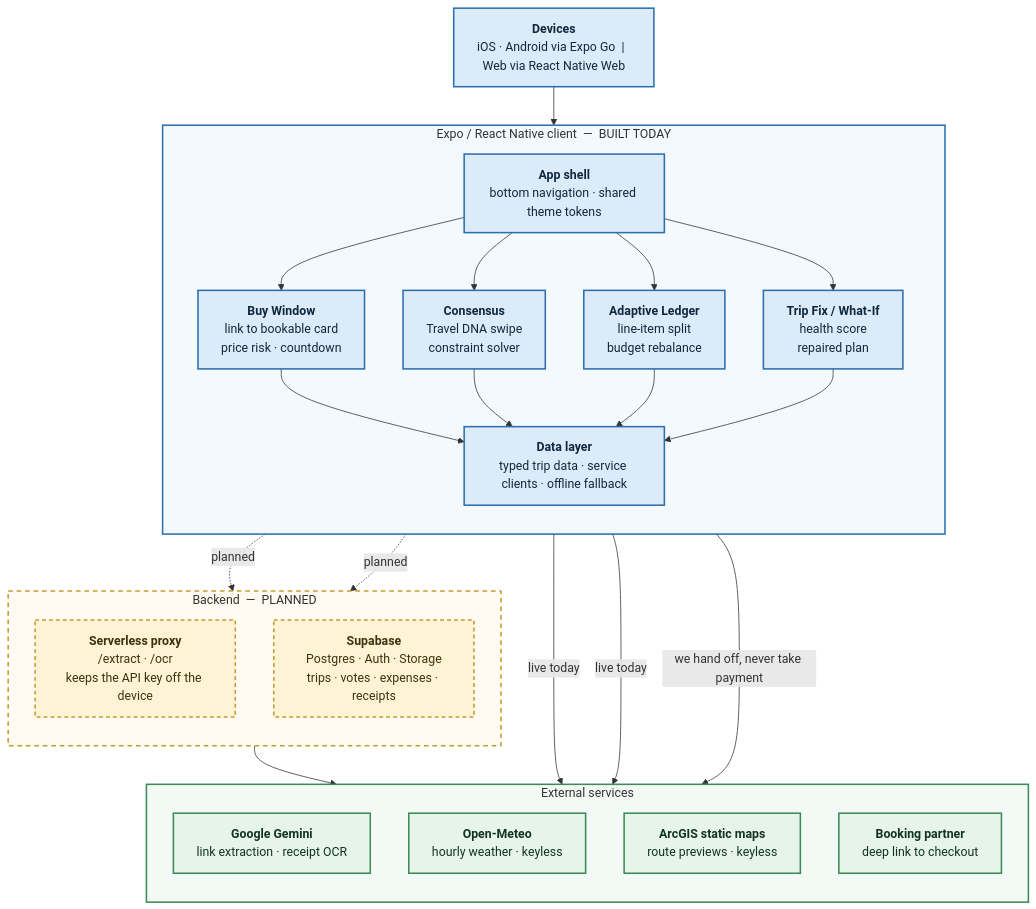
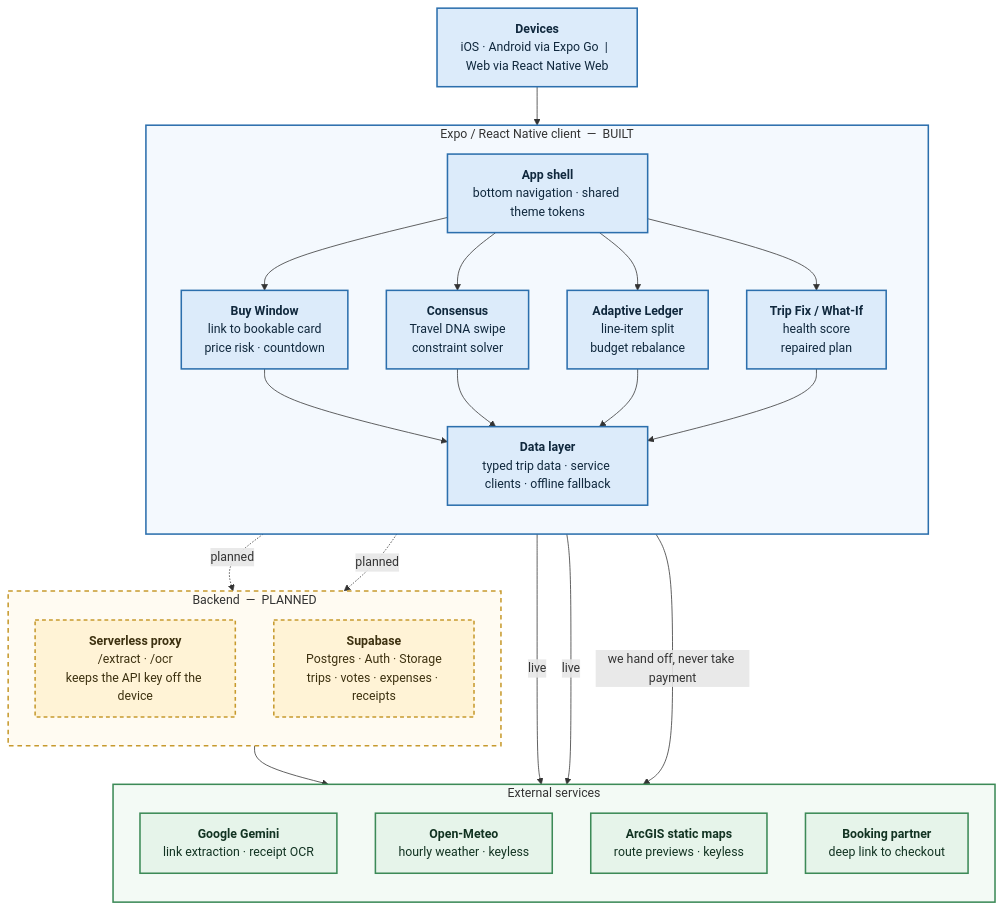
One commit to zengyi04/TripShield changed the diagram in docs/architecture/system-architecture.mmd. Above: the diagram before and after it, drawn with Mermaid. The commit also changed 1 other file, not shown here.

Commit message:
Drop today wording from the architecture diagram

```diff
--- a/docs/architecture/system-architecture.mmd
+++ b/docs/architecture/system-architecture.mmd
@@ -1,58 +1,58 @@
 flowchart TD
 
   DEV["<b>Devices</b><br/>iOS · Android via Expo Go &nbsp;|&nbsp; Web via React Native Web"]
 
-  subgraph CLIENT["Expo / React Native client &nbsp;—&nbsp; BUILT TODAY"]
+  subgraph CLIENT["Expo / React Native client &nbsp;—&nbsp; BUILT"]
     direction TB
     APP["<b>App shell</b><br/>bottom navigation · shared theme tokens"]
 
     F1["<b>Buy Window</b><br/>link to bookable card<br/>price risk · countdown"]
     F2["<b>Consensus</b><br/>Travel DNA swipe<br/>constraint solver"]
     F3["<b>Adaptive Ledger</b><br/>line-item split<br/>budget rebalance"]
     F4["<b>Trip Fix / What-If</b><br/>health score<br/>repaired plan"]
 
     DATA["<b>Data layer</b><br/>typed trip data · service clients · offline fallback"]
   end
 
   subgraph SERVER["Backend &nbsp;—&nbsp; PLANNED"]
     direction TB
     PROXY["<b>Serverless proxy</b><br/>/extract · /ocr<br/>keeps the API key off the device"]
     SUPA["<b>Supabase</b><br/>Postgres · Auth · Storage<br/>trips · votes · expenses · receipts"]
   end
 
   subgraph EXT["External services"]
     direction TB
     GEM["<b>Google Gemini</b><br/>link extraction · receipt OCR"]
     METEO["<b>Open-Meteo</b><br/>hourly weather · keyless"]
     MAPS["<b>ArcGIS static maps</b><br/>route previews · keyless"]
     BOOK["<b>Booking partner</b><br/>deep link to checkout"]
   end
 
   DEV --> APP
   APP --> F1
   APP --> F2
   APP --> F3
   APP --> F4
   F1 --> DATA
   F2 --> DATA
   F3 --> DATA
   F4 --> DATA
 
-  DATA -->|live today| METEO
-  DATA -->|live today| MAPS
+  DATA -->|live| METEO
+  DATA -->|live| MAPS
   F1 -->|we hand off, never take payment| BOOK
   DATA -.->|planned| PROXY
   DATA -.->|planned| SUPA
   PROXY --> GEM
 
   classDef built fill:#DCEBFA,stroke:#2C6FAD,stroke-width:2px,color:#10283D;
   classDef planned fill:#FFF3D6,stroke:#C79A2E,stroke-width:2px,color:#3D3110,stroke-dasharray:5 4;
   classDef external fill:#E6F4EA,stroke:#3C8A57,stroke-width:2px,color:#123322;
 
   class DEV,APP,F1,F2,F3,F4,DATA built;
   class PROXY,SUPA planned;
   class GEM,METEO,MAPS,BOOK external;
 
   style CLIENT fill:#F4F9FE,stroke:#2C6FAD,stroke-width:2px
   style SERVER fill:#FFFBF2,stroke:#C79A2E,stroke-width:2px,stroke-dasharray:6 5
   style EXT fill:#F3FAF5,stroke:#3C8A57,stroke-width:2px
```
